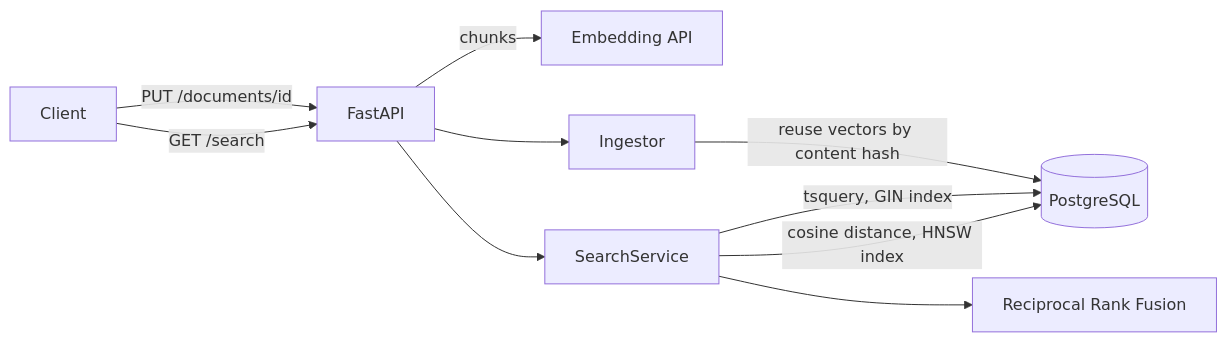
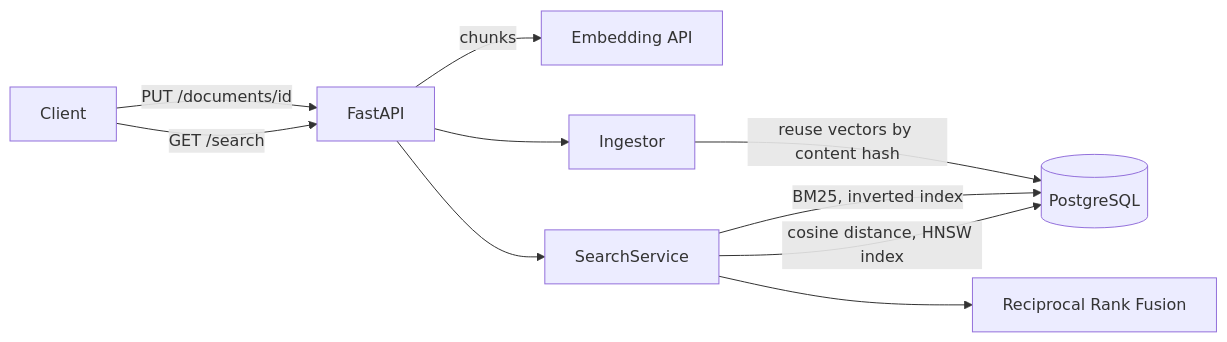
The diagram in README.md (daen8584-spec/hybrid-search), drawn with Mermaid before and after one commit. The commit also changed other lines of this file and 14 other files, not shown here.

````diff
--- a/README.md
+++ b/README.md
@@ -19,12 +20,12 @@
 ```mermaid
 flowchart LR
   C[Client] -->|PUT /documents/id| API[FastAPI]
   C -->|GET /search| API
   API -->|chunks| E[Embedding API]
   API --> I[Ingestor]
   I -->|reuse vectors by content hash| DB[(PostgreSQL)]
   API --> S[SearchService]
-  S -->|tsquery, GIN index| DB
+  S -->|BM25, inverted index| DB
   S -->|cosine distance, HNSW index| DB
   S --> F[Reciprocal Rank Fusion]
 ```
````
